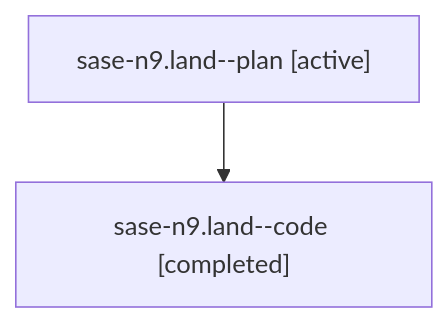
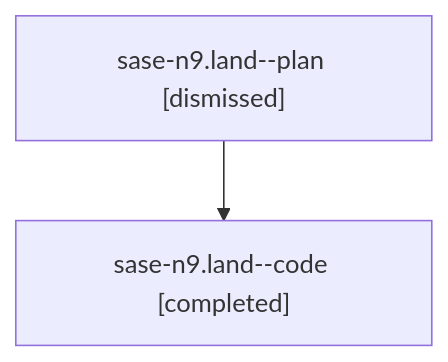
One commit to sase-org/sase--agents changed the diagram in sessions/bbugyi200.athena.sase-n9.land.md. Above: the diagram before and after it, drawn with Mermaid. The commit also changed other lines of this file and 219 other files, not shown here.

````diff
--- a/sessions/bbugyi200.athena.sase-n9.land.md
+++ b/sessions/bbugyi200.athena.sase-n9.land.md
@@ -9,6 +9,6 @@
 ```mermaid
 flowchart TD
-  n0["sase-n9.land--plan [active]"]
+  n0["sase-n9.land--plan [dismissed]"]
   n1["sase-n9.land--code [completed]"]
   n0 --> n1
 ```
````
